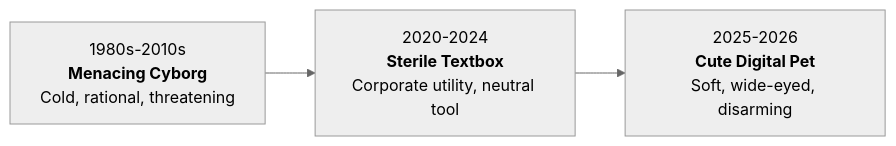
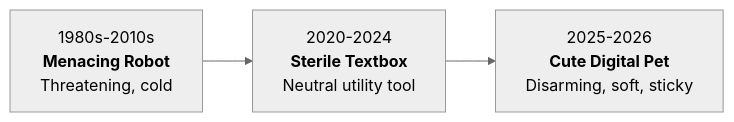
The diagram in _posts/2026-10-02-why-ai-agents-look-like-tamagotchis.md (mynameisjpg/mynameisjpg), drawn with Mermaid (neutral theme) before and after one commit. The commit also changed other lines of this file and 4 other files, not shown here.

````diff
--- a/_posts/2026-10-02-why-ai-agents-look-like-tamagotchis.md
+++ b/_posts/2026-10-02-why-ai-agents-look-like-tamagotchis.md
@@ -71,4 +70,4 @@
 ```mermaid
 flowchart LR
-    A["1980s-2010s<br/><b>Menacing Cyborg</b><br/>Cold, rational, threatening"] --> B["2020-2024<br/><b>Sterile Textbox</b><br/>Corporate utility, neutral tool"] --> C["2025-2026<br/><b>Cute Digital Pet</b><br/>Soft, wide-eyed, disarming"]
+    A["1980s-2010s<br/><b>Menacing Robot</b><br/>Threatening, cold"] --> B["2020-2024<br/><b>Sterile Textbox</b><br/>Neutral utility tool"] --> C["2025-2026<br/><b>Cute Digital Pet</b><br/>Disarming, soft, sticky"]
 ```
````
